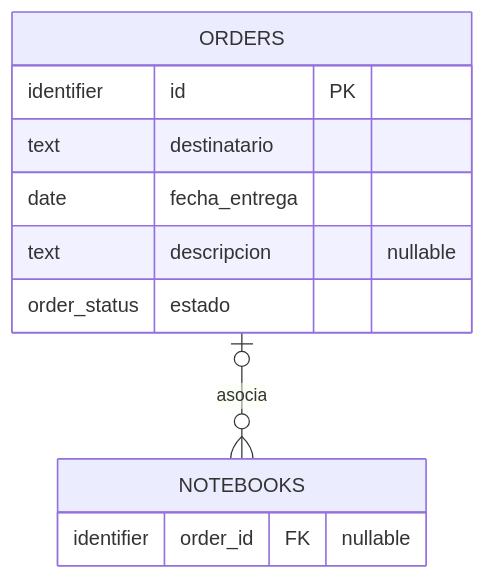
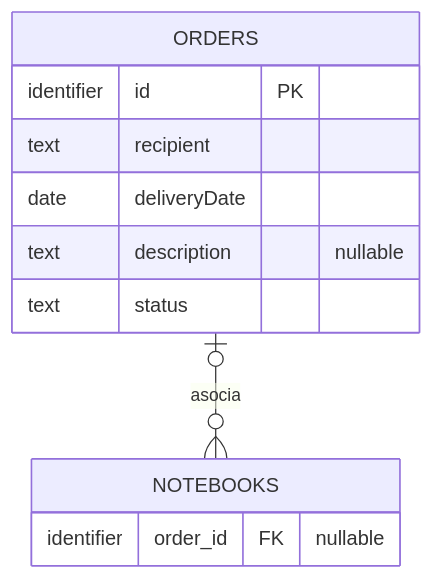
The second of 9 diagrams in .scratch/ordenes/design.md (MaxAg22/Taller-Solidario), drawn with Mermaid before and after one commit. The commit also changed other lines of this file and 29 other files, not shown here.

````diff
--- a/.scratch/ordenes/design.md
+++ b/.scratch/ordenes/design.md
@@ -142,14 +142,14 @@
 ```mermaid
 erDiagram
   ORDERS o|--o{ NOTEBOOKS : "asocia"
   ORDERS {
     identifier id PK
-    text destinatario
-    date fecha_entrega
-    text descripcion "nullable"
-    order_status estado
+    text recipient
+    date deliveryDate
+    text description "nullable"
+    text status
   }
   NOTEBOOKS {
     identifier order_id FK "nullable"
   }
 ```
````
